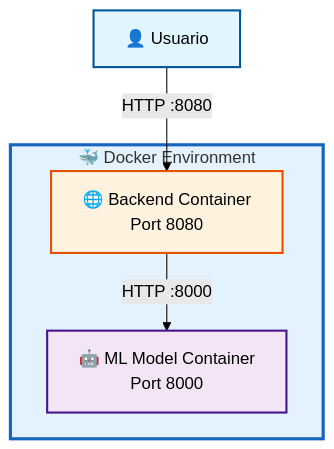
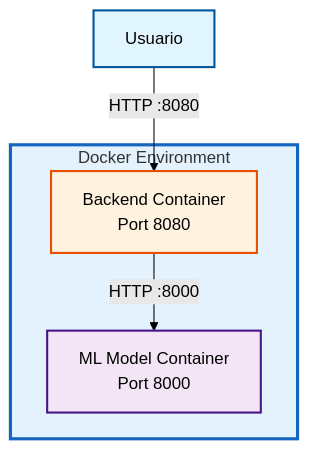
The fourth of 6 diagrams in README.md (ml-punto-tech/sentiment-api), drawn with Mermaid (forest theme) before and after one commit. The commit also changed other lines of this file, not shown here.

````diff
--- a/README.md
+++ b/README.md
@@ -261,15 +339,15 @@
 ```mermaid
 graph TB
-    subgraph Docker["🐳 Docker Environment"]
-        B[🌐 Backend Container<br/>Port 8080]
-        M[🤖 ML Model Container<br/>Port 8000]
+    subgraph Docker["Docker Environment"]
+        B[Backend Container<br/>Port 8080]
+        M[ML Model Container<br/>Port 8000]
     end
     
-    U[👤 Usuario] -->|HTTP :8080| B
+    U[Usuario] -->|HTTP :8080| B
     B -->|HTTP :8000| M
     
     style Docker fill:#e3f2fd,stroke:#1565c0,stroke-width:3px
     style B fill:#fff3e0,stroke:#e65100,stroke-width:2px
     style M fill:#f3e5f5,stroke:#4a148c,stroke-width:2px
     style U fill:#e1f5ff,stroke:#01579b,stroke-width:2px
 ```
````
